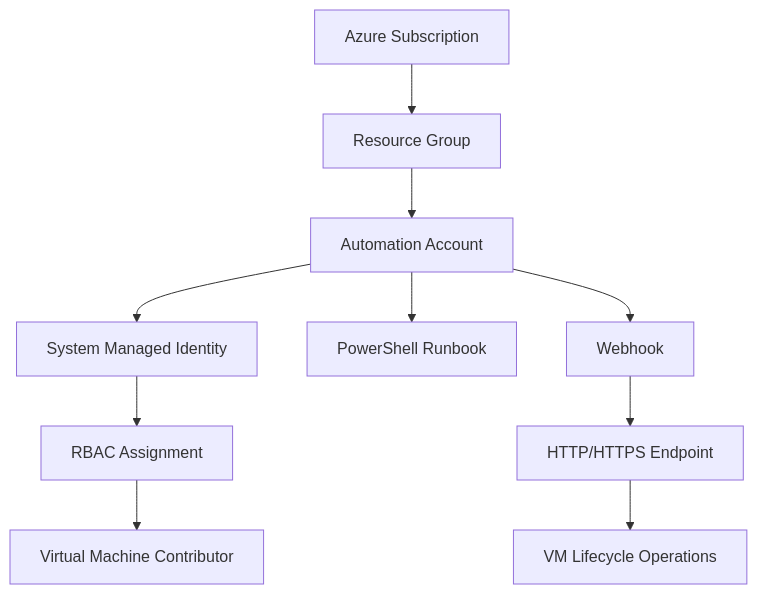
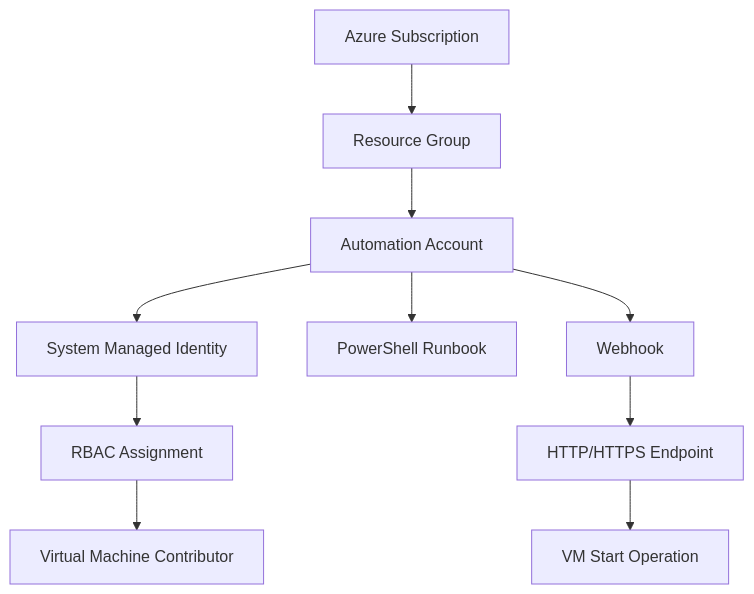
The diagram in Azure/Azure Automation Account/Azure Virtual Machine/WebHooks/Start/README.md (lavanack/laurentvanacker.com), drawn with Mermaid before and after one commit.

Commit message:
Update diagram to specify VM Start Operation

````diff
--- a/Azure/Azure Automation Account/Azure Virtual Machine/WebHooks/Start/README.md
+++ b/Azure/Azure Automation Account/Azure Virtual Machine/WebHooks/Start/README.md
@@ -89,12 +89,12 @@
 ```mermaid
 graph TB
     A[Azure Subscription] --> B[Resource Group]
     B --> C[Automation Account]
     C --> D[System Managed Identity]
     C --> E[PowerShell Runbook]
     C --> F[Webhook]
     D --> G[RBAC Assignment]
     G --> H[Virtual Machine Contributor]
     F --> I[HTTP/HTTPS Endpoint]
-    I --> J[VM Lifecycle Operations]
+    I --> J[VM Start Operation]
 ```
````
